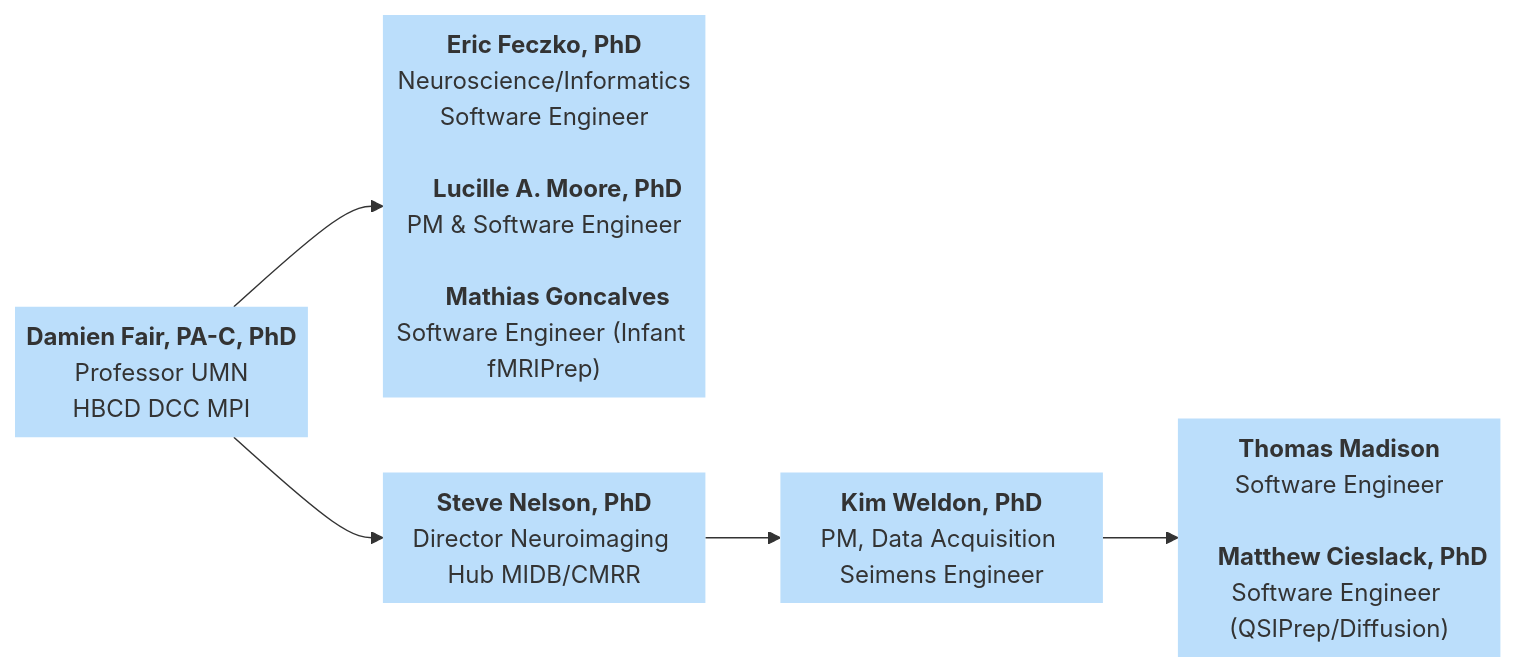
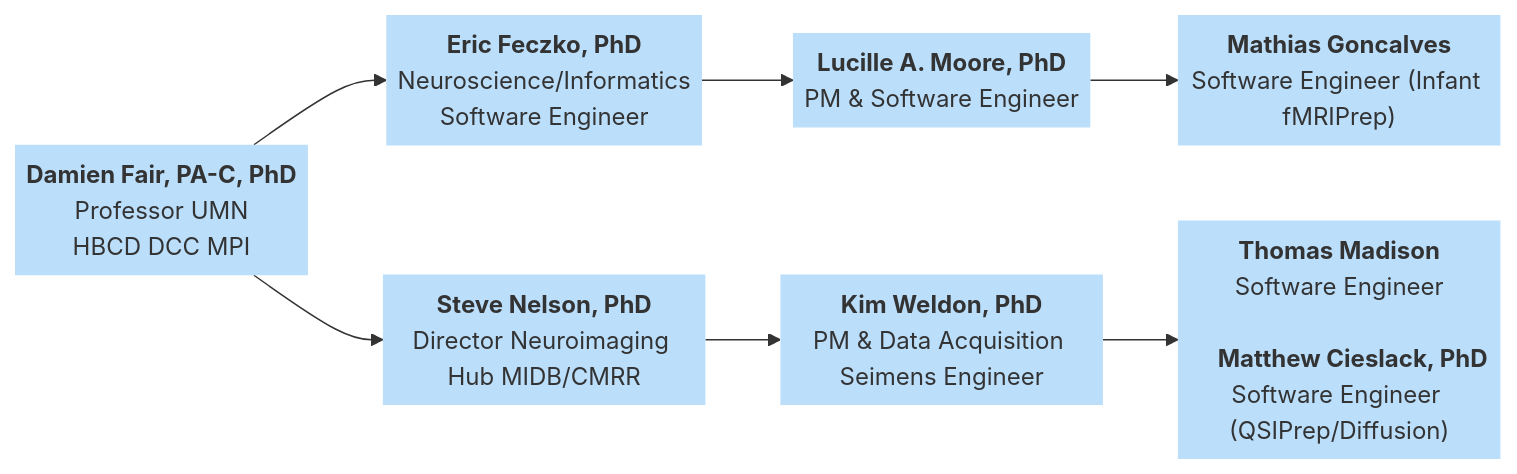
Before and after one commit to DCAN-Labs/hbcd-docs-internal: the sixth of 10 diagrams in docs/orgcharts.md, drawn with Mermaid. The commit also changed other lines of this file, not shown here.

Commit message:
streamline DCAN

````diff
--- a/docs/orgcharts.md
+++ b/docs/orgcharts.md
@@ -396,23 +396,27 @@
 ```mermaid
 ---
 config:
   layout: dagre
 ---
 flowchart LR
-    D["<b>Damien Fair, PA-C, PhD</b><br>Professor UMN<br>HBCD DCC MPI"] --> S["<b>Eric Feczko, PhD</b><br>Neuroscience/Informatics<br>Software Engineer<br>
-    <b>Lucille A. Moore, PhD</b><br>PM &amp; Software Engineer<br>
-    <b>Mathias Goncalves</b><br>Software Engineer (Infant fMRIPrep)"] & T["<b>Steve Nelson, PhD</b><br>Director Neuroimaging Hub MIDB/CMRR"]
-    T --> t1["<b>Kim Weldon, PhD</b><br>PM, Data Acquisition Seimens Engineer"]
+    D["<b>Damien Fair, PA-C, PhD</b><br>Professor UMN<br>HBCD DCC MPI"] --> S["<b>Eric Feczko, PhD</b><br>Neuroscience/Informatics<br>Software Engineer"] & T["<b>Steve Nelson, PhD</b><br>Director Neuroimaging Hub MIDB/CMRR"]
+    T --> t1["<b>Kim Weldon, PhD</b><br>PM & Data Acquisition Seimens Engineer"]
     t1 --> t2["<b>Thomas Madison</b><br>Software Engineer<br>
     <b>Matthew Cieslack, PhD</b><br>Software Engineer (QSIPrep/Diffusion)"]
+    S --> n1["<b>Lucille A. Moore, PhD</b><br>PM &amp; Software Engineer"]
+    n1 --> n2["<b>Mathias Goncalves</b><br>Software Engineer (Infant fMRIPrep)"]
     D@{ shape: text}
     S@{ shape: text}
     T@{ shape: text}
     t1@{ shape: text}
     t2@{ shape: text}
+    n1@{ shape: text}
+    n2@{ shape: text}
     style D stroke:#000000,fill:#BBDEFB
     style S stroke:#000000,fill:#BBDEFB
     style T stroke:#000000,fill:#BBDEFB
     style t1 fill:#BBDEFB
     style t2 fill:#BBDEFB
+    style n1 fill:#BBDEFB
+    style n2 fill:#BBDEFB
 ```
````
